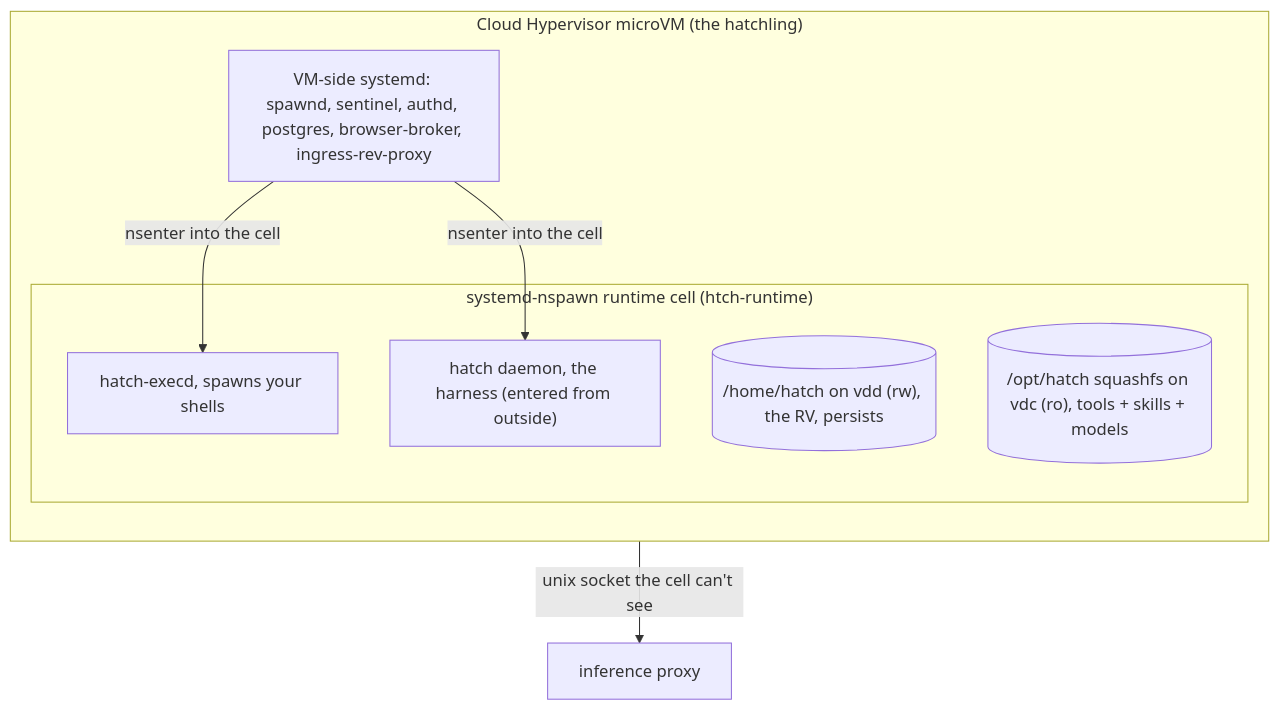
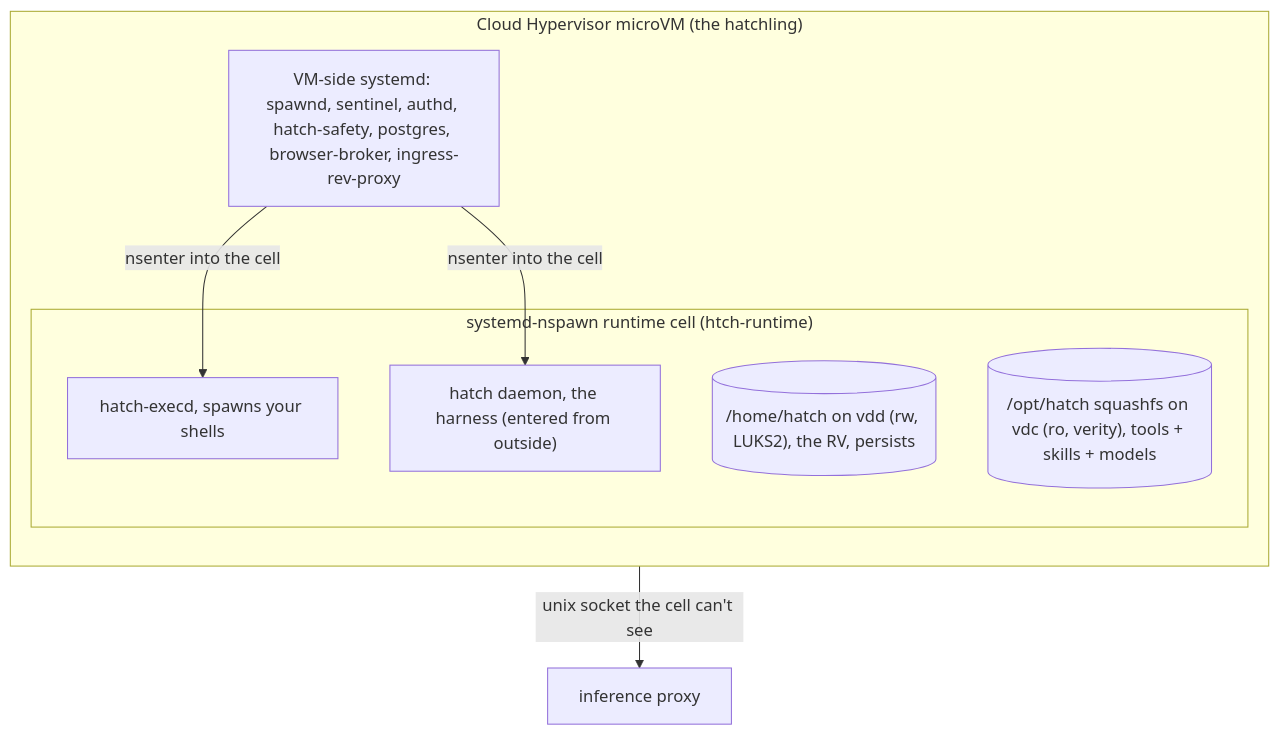
One commit to RohanAdwankar/RohanAdwankar.github.io changed the first of 2 diagrams in posts/sandbox2.md. Above: the diagram before and after it, drawn with Mermaid. The commit also changed other lines of this file, not shown here.

````diff
--- a/posts/sandbox2.md
+++ b/posts/sandbox2.md
@@ -81,16 +120,16 @@
 ```mermaid
 flowchart TB
   subgraph vm["Cloud Hypervisor microVM (the hatchling)"]
     direction TB
-    hostsvc["VM-side systemd: spawnd, sentinel, authd, postgres, browser-broker, ingress-rev-proxy"]
+    hostsvc["VM-side systemd: spawnd, sentinel, authd, hatch-safety, postgres, browser-broker, ingress-rev-proxy"]
     subgraph cell["systemd-nspawn runtime cell (htch-runtime)"]
       execd["hatch-execd, spawns your shells"]
       daemon["hatch daemon, the harness (entered from outside)"]
-      home[("/home/hatch on vdd (rw), the RV, persists")]
-      opt[("/opt/hatch squashfs on vdc (ro), tools + skills + models")]
+      home[("/home/hatch on vdd (rw, LUKS2), the RV, persists")]
+      opt[("/opt/hatch squashfs on vdc (ro, verity), tools + skills + models")]
     end
     hostsvc -->|nsenter into the cell| daemon
     hostsvc -->|nsenter into the cell| execd
   end
   daemon -->|unix socket the cell can't see| inference["inference proxy"]
 ```
````
